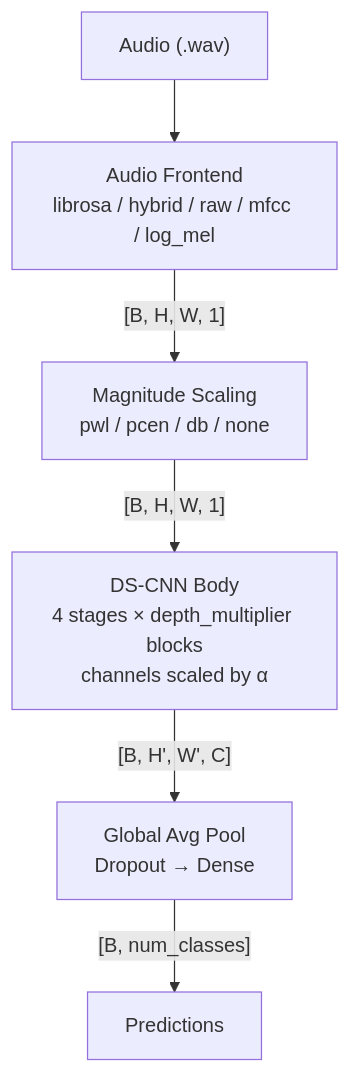
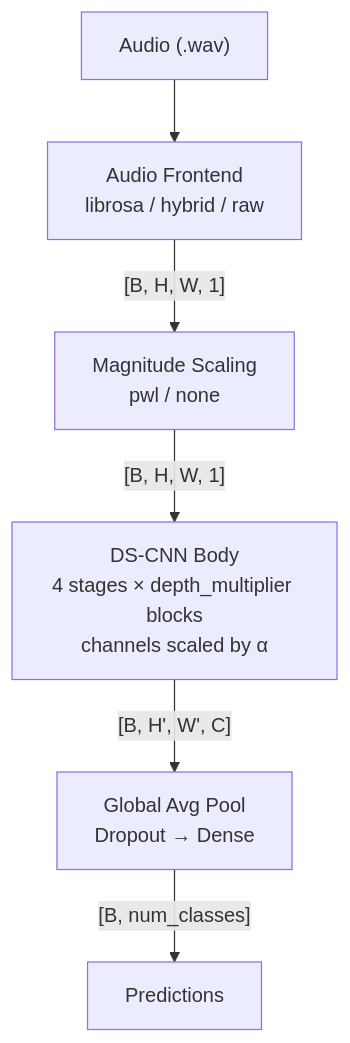
The first of 4 diagrams in docs/dev/architecture.md (birdnet-team/birdnet-stm32), drawn with Mermaid before and after one commit. The commit also changed other lines of this file and 46 other files, not shown here.

````diff
--- a/docs/dev/architecture.md
+++ b/docs/dev/architecture.md
@@ -5,8 +5,8 @@
 ```mermaid
 flowchart TD
-    A["Audio (.wav)"] --> B["Audio Frontend\nlibrosa / hybrid / raw / mfcc / log_mel"]
-    B -->|"[B, H, W, 1]"| C["Magnitude Scaling\npwl / pcen / db / none"]
+    A["Audio (.wav)"] --> B["Audio Frontend\nlibrosa / hybrid / raw"]
+    B -->|"[B, H, W, 1]"| C["Magnitude Scaling\npwl / none"]
     C -->|"[B, H, W, 1]"| D["DS-CNN Body\n4 stages × depth_multiplier blocks\nchannels scaled by α"]
     D -->|"[B, H', W', C]"| E["Global Avg Pool\nDropout → Dense"]
     E -->|"[B, num_classes]"| F["Predictions"]
 ```
````
